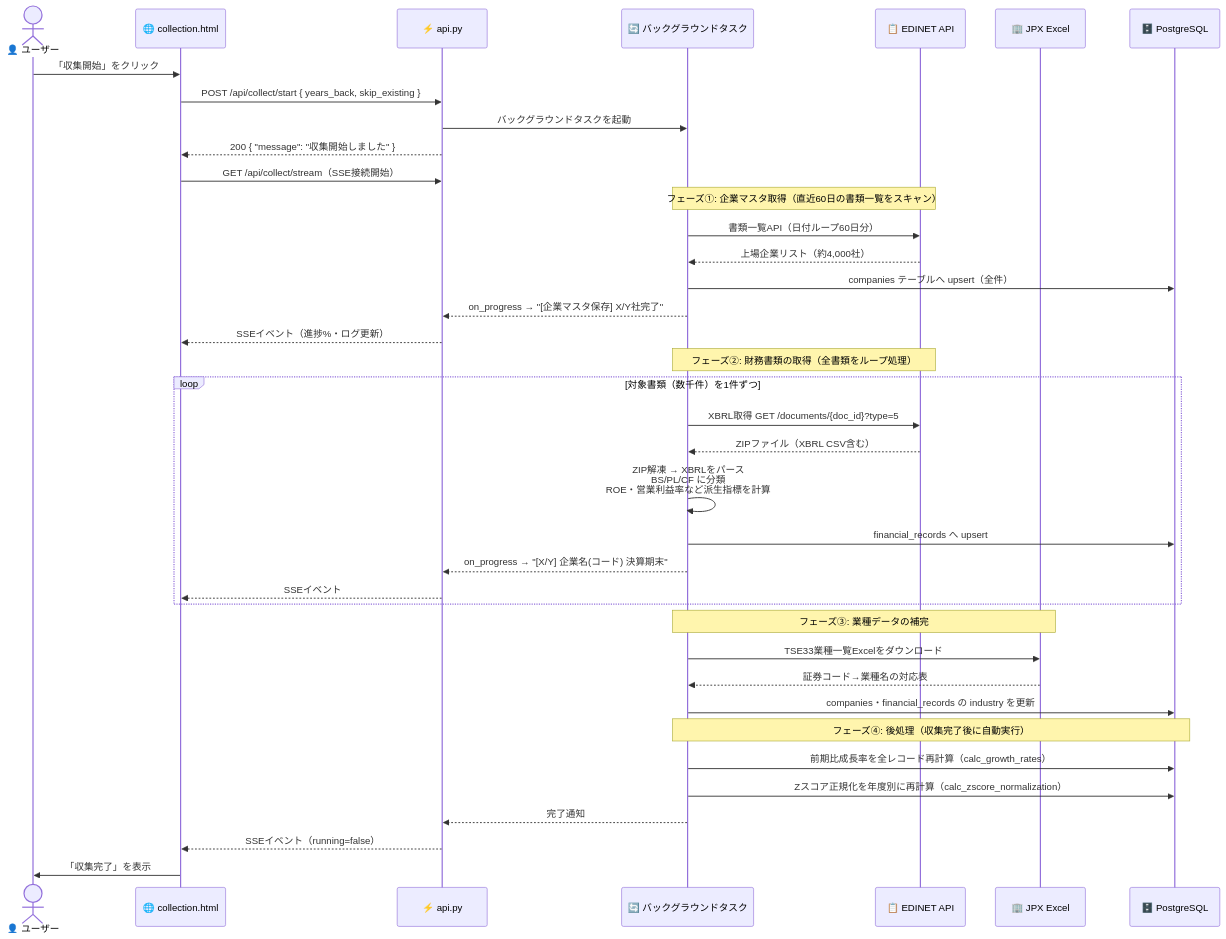
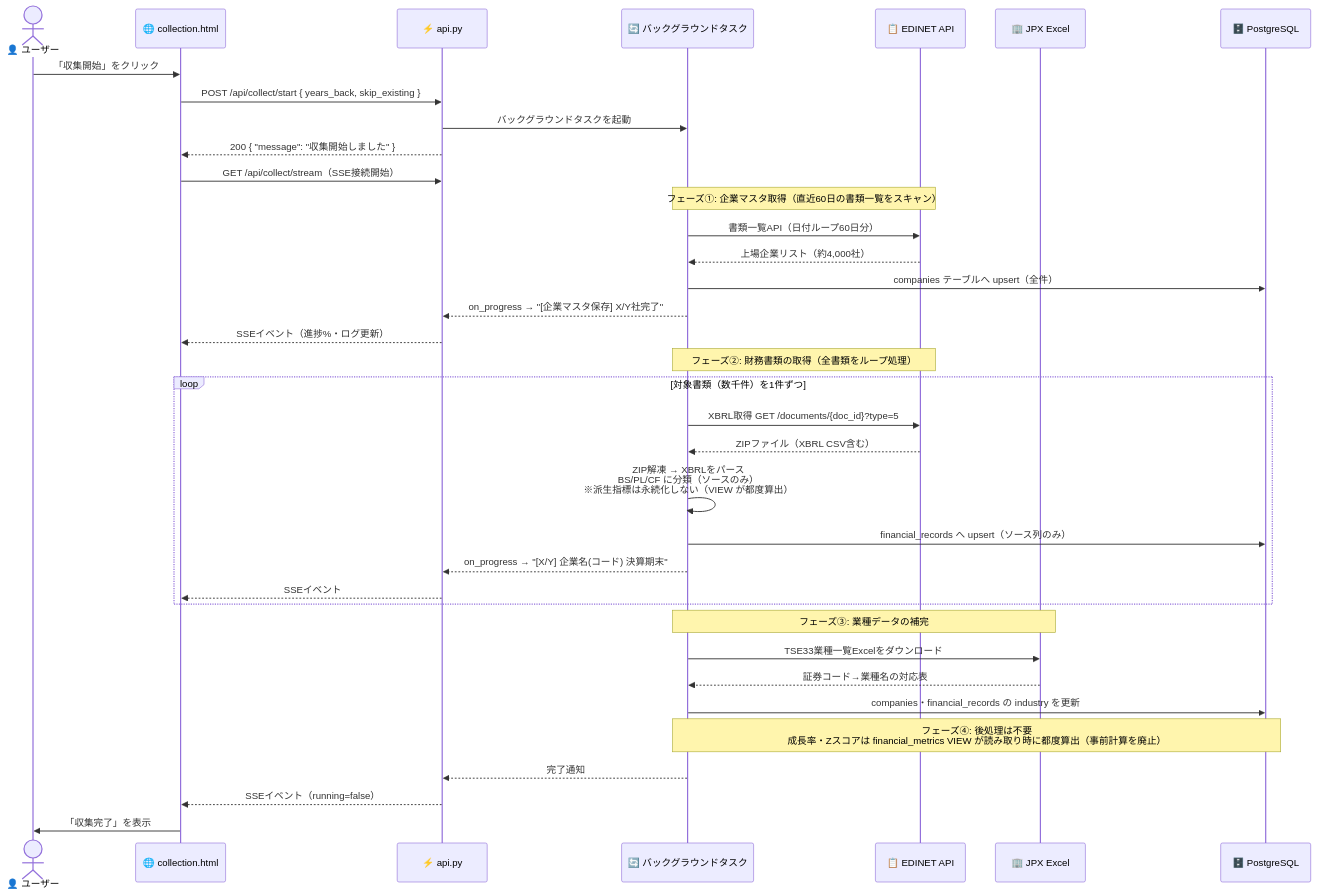
One commit to kome-kome/financial_app changed the fourth of 12 diagrams in docs/ARCHITECTURE.md. Above: the diagram before and after it, drawn with Mermaid. The commit also changed other lines of this file and 16 other files, not shown here.

First line of the commit message:
refactor(db): 計算結果と生データをDB分離（financial_metrics VIEW）＋ローカル/Render実行最適化

````diff
--- a/docs/ARCHITECTURE.md
+++ b/docs/ARCHITECTURE.md
@@ -282,46 +300,44 @@
 ```mermaid
 sequenceDiagram
     actor       User  as 👤 ユーザー
     participant UI    as 🌐 collection.html
     participant API   as ⚡ api.py
     participant BGT   as 🔄 バックグラウンドタスク
     participant EDI   as 📋 EDINET API
     participant JPX   as 🏢 JPX Excel
     participant DB    as 🗄️ PostgreSQL
 
     User ->> UI  : 「収集開始」をクリック
     UI   ->> API : POST /api/collect/start { years_back, skip_existing }
     API  ->> BGT : バックグラウンドタスクを起動
     API -->> UI  : 200 { "message": "収集開始しました" }
     UI   ->> API : GET /api/collect/stream（SSE接続開始）
 
     Note over BGT,EDI: フェーズ①: 企業マスタ取得（直近60日の書類一覧をスキャン）
     BGT  ->> EDI : 書類一覧API（日付ループ60日分）
     EDI -->> BGT : 上場企業リスト（約4,000社）
     BGT  ->> DB  : companies テーブルへ upsert（全件）
     BGT -->> API : on_progress → "[企業マスタ保存] X/Y社完了"
     API -->> UI  : SSEイベント（進捗%・ログ更新）
 
     Note over BGT,EDI: フェーズ②: 財務書類の取得（全書類をループ処理）
     loop 対象書類（数千件）を1件ずつ
         BGT  ->> EDI : XBRL取得 GET /documents/{doc_id}?type=5
         EDI -->> BGT : ZIPファイル（XBRL CSV含む）
-        BGT  ->> BGT : ZIP解凍 → XBRLをパース<br/>BS/PL/CF に分類<br/>ROE・営業利益率など派生指標を計算
-        BGT  ->> DB  : financial_records へ upsert
+        BGT  ->> BGT : ZIP解凍 → XBRLをパース<br/>BS/PL/CF に分類（ソースのみ）<br/>※派生指標は永続化しない（VIEW が都度算出）
+        BGT  ->> DB  : financial_records へ upsert（ソース列のみ）
         BGT -->> API : on_progress → "[X/Y] 企業名(コード) 決算期末"
         API -->> UI  : SSEイベント
     end
 
     Note over BGT,JPX: フェーズ③: 業種データの補完
     BGT  ->> JPX : TSE33業種一覧Excelをダウンロード
     JPX -->> BGT : 証券コード→業種名の対応表
     BGT  ->> DB  : companies・financial_records の industry を更新
 
-    Note over BGT,DB: フェーズ④: 後処理（収集完了後に自動実行）
-    BGT  ->> DB  : 前期比成長率を全レコード再計算（calc_growth_rates）
-    BGT  ->> DB  : Zスコア正規化を年度別に再計算（calc_zscore_normalization）
+    Note over BGT,DB: フェーズ④: 後処理は不要<br/>成長率・Zスコアは financial_metrics VIEW が読み取り時に都度算出（事前計算を廃止）
 
     BGT -->> API : 完了通知
     API -->> UI  : SSEイベント（running=false）
     UI  ->> User : 「収集完了」を表示
 ```
````
